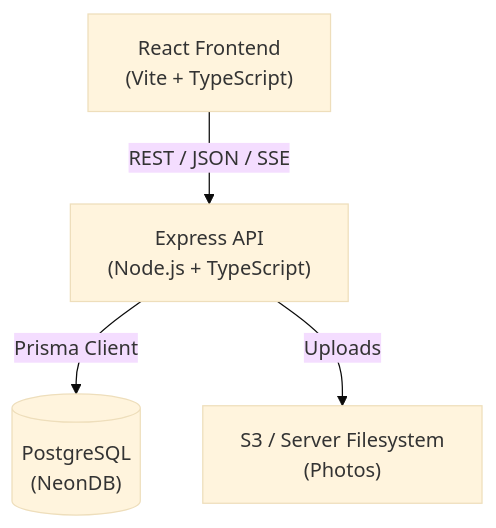
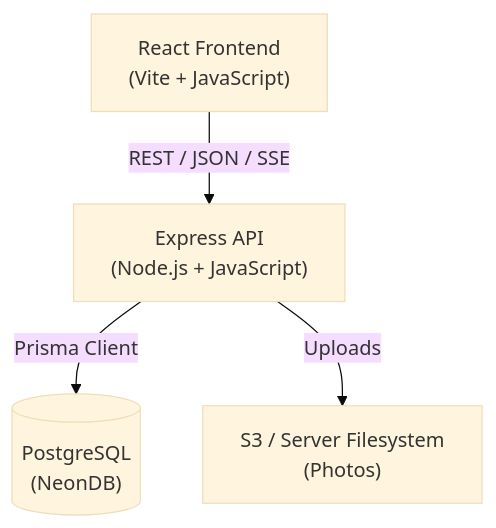
The first of 6 diagrams in context/architecture.md (ehtisham-hashim/AquaSphere), drawn with Mermaid (base theme) before and after one commit. The commit also changed other lines of this file and 12 other files, not shown here.

````diff
--- a/context/architecture.md
+++ b/context/architecture.md
@@ -38,6 +38,6 @@
 ```mermaid
 graph TD
-    A["React Frontend<br/>(Vite + TypeScript)"] -->|REST / JSON / SSE| B["Express API<br/>(Node.js + TypeScript)"]
+    A["React Frontend<br/>(Vite + JavaScript)"] -->|REST / JSON / SSE| B["Express API<br/>(Node.js + JavaScript)"]
     B -->|Prisma Client| C[("PostgreSQL<br/>(NeonDB)")]
     B -->|Uploads| D["S3 / Server Filesystem<br/>(Photos)"]
 ```
````
